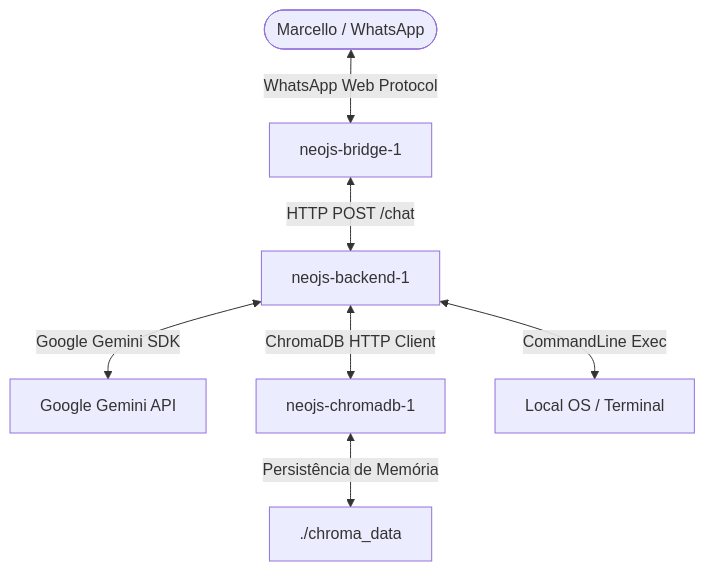
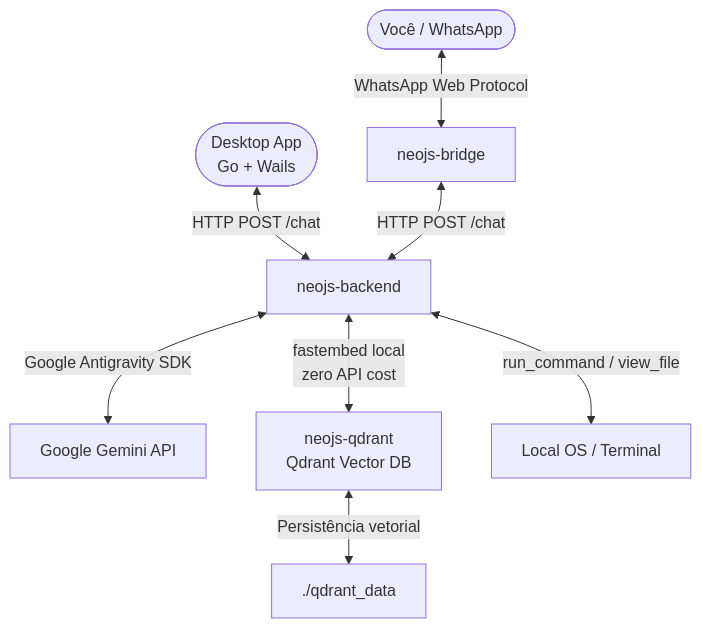
The diagram in README.md (marcellopato/neo-js), drawn with Mermaid before and after one commit. The commit also changed other lines of this file and 4 other files, not shown here.

First line of the commit message:
refactor: migrate from ChromaDB to Qdrant with RAG architecture

````diff
--- a/README.md
+++ b/README.md
@@ -24,9 +26,10 @@
 ```mermaid
 graph TD
-    User([Marcello / WhatsApp]) <-->|WhatsApp Web Protocol| Bridge[neojs-bridge-1]
-    Bridge <-->|HTTP POST /chat| Backend[neojs-backend-1]
-    Backend <-->|Google Gemini SDK| GeminiAPI[Google Gemini API]
-    Backend <-->|ChromaDB HTTP Client| ChromaDB[neojs-chromadb-1]
-    Backend <-->|CommandLine Exec| OS[Local OS / Terminal]
-    ChromaDB <-->|Persistência de Memória| Volume[./chroma_data]
+    User([Você / WhatsApp]) <-->|WhatsApp Web Protocol| Bridge[neojs-bridge]
+    Daemon([Desktop App\nGo + Wails]) <-->|HTTP POST /chat| Backend[neojs-backend]
+    Bridge <-->|HTTP POST /chat| Backend
+    Backend <-->|Google Antigravity SDK| GeminiAPI[Google Gemini API]
+    Backend <-->|fastembed local\nzero API cost| Qdrant[neojs-qdrant\nQdrant Vector DB]
+    Backend <-->|run_command / view_file| OS[Local OS / Terminal]
+    Qdrant <-->|Persistência vetorial| Volume[./qdrant_data]
 ```
````
